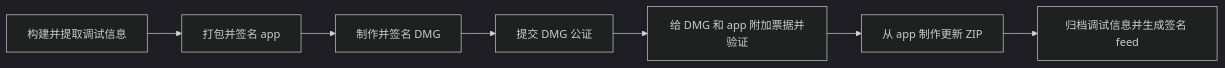
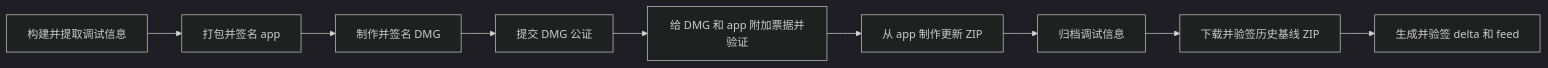
One commit to tctony-labs/xiaowei changed the first of 2 diagrams in desktop/docs/macos-packaging-and-updates.md. Above: the diagram before and after it, drawn with Mermaid (dark theme). The commit also changed other lines of this file and 14 other files, not shown here.

````diff
--- a/desktop/docs/macos-packaging-and-updates.md
+++ b/desktop/docs/macos-packaging-and-updates.md
@@ -59,9 +60,11 @@
 ```mermaid
 flowchart LR
     A[构建并提取调试信息] --> B[打包并签名 app]
     B --> C[制作并签名 DMG]
     C --> D[提交 DMG 公证]
     D --> E[给 DMG 和 app 附加票据并验证]
     E --> F[从 app 制作更新 ZIP]
-    F --> G[归档调试信息并生成签名 feed]
+    F --> G[归档调试信息]
+    G --> H[下载并验签历史基线 ZIP]
+    H --> I[生成并验签 delta 和 feed]
 ```
````
